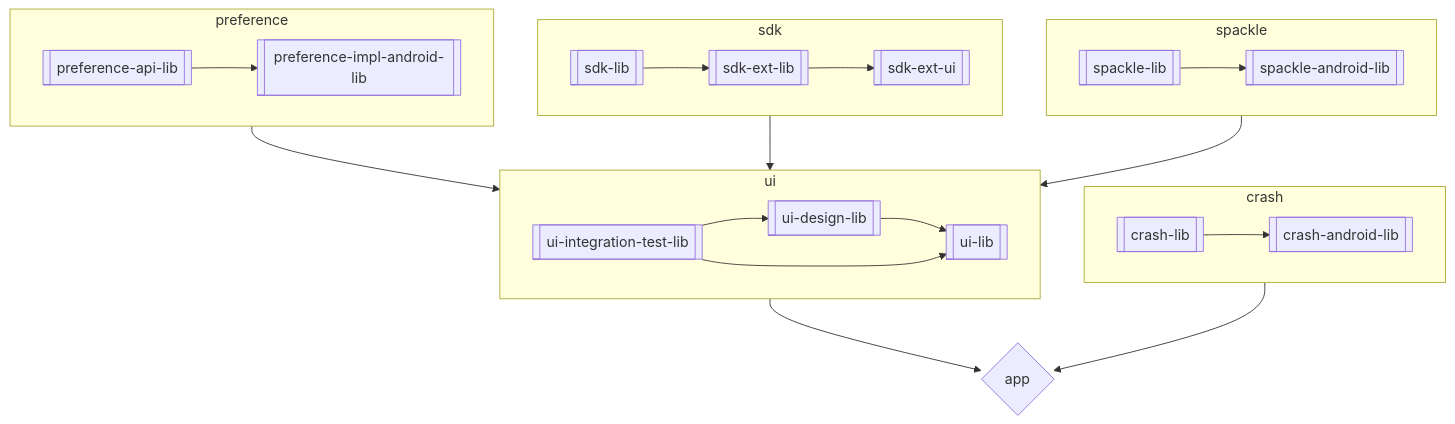
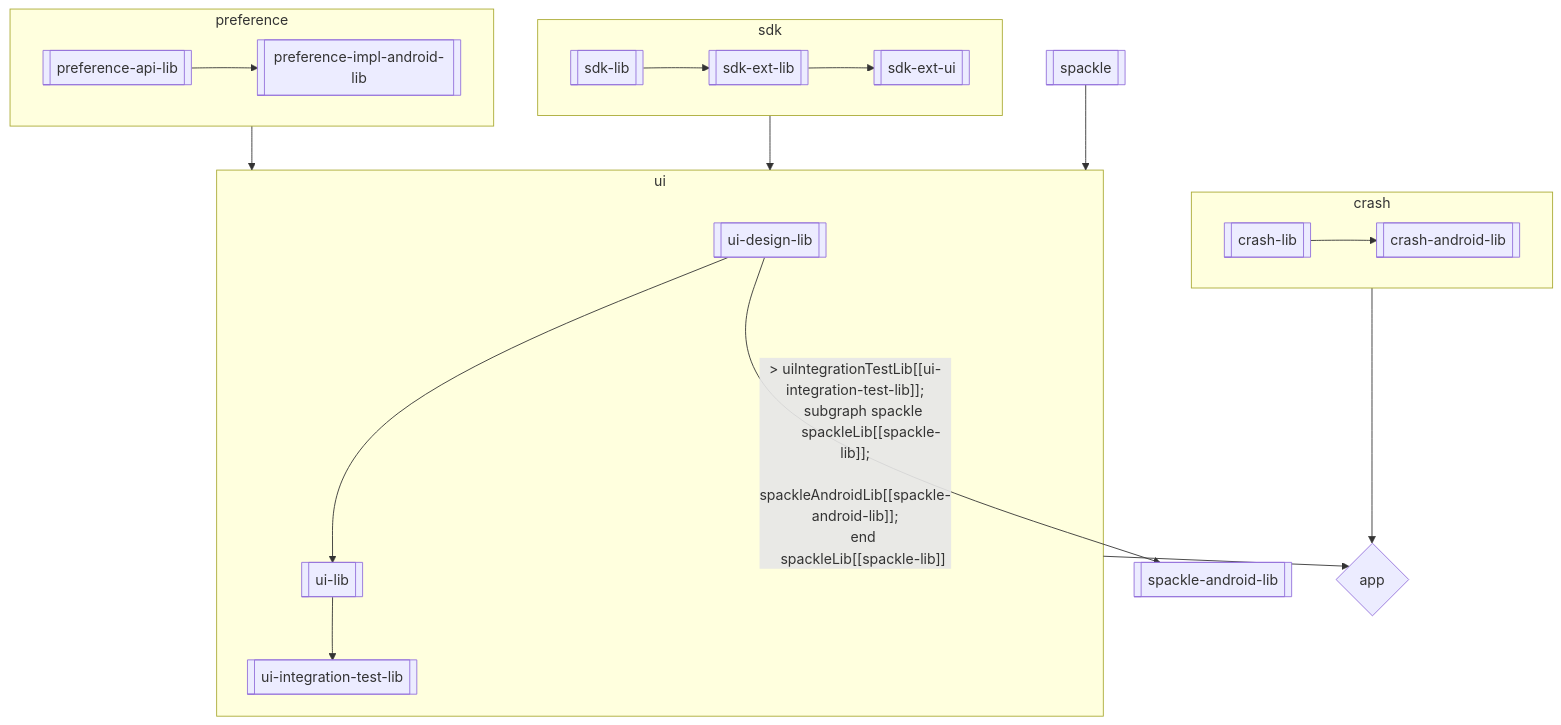
One commit to Electric-Coin-Company/zashi-android changed the diagram in docs/Architecture.md. Above: the diagram before and after it, drawn with Mermaid. The commit also changed other lines of this file, not shown here.

Commit message:
Invert dependency arrows
ui-integration-test-lib depends on ui-lib, so I switched the arrows around

````diff
--- a/docs/Architecture.md
+++ b/docs/Architecture.md
@@ -50,37 +50,37 @@
 ```mermaid
   flowchart TB;
       subgraph sdk
           sdkLib[[sdk-lib]];
           sdkExtLib[[sdk-ext-lib]];
           sdkExtUi[[sdk-ext-ui]];
       end
       sdkLib[[sdk-lib]] --> sdkExtLib[[sdk-ext-lib]] --> sdkExtUi[[sdk-ext-ui]];
       subgraph preference
           preferenceApiLib[[preference-api-lib]];
           preferenceImplAndroidLib[[preference-impl-android-lib]];
       end
       preferenceApiLib[[preference-api-lib]] --> preferenceImplAndroidLib[[preference-impl-android-lib]];
       subgraph crash
           crashLib[[crash-lib]];
           crashAndroidLib[[crash-android-lib]];
       end
       crashLib[[crash-lib]] --> crashAndroidLib[[crash-android-lib]];
       subgraph ui
           uiDesignLib[[ui-design-lib]];
           uiLib[[ui-lib]];
           uiIntegrationTestLib[[ui-integration-test-lib]];
       end
       uiDesignLib[[ui-design-lib]] --> uiLib[[ui-lib]];
-      uiIntegrationTestLib[[ui-integration-test-lib]] --> uiLib[[ui-lib]];
-      uiIntegrationTestLib[[ui-integration-test-lib]] --> uiDesignLib[[ui-design-lib]];
+      uiLib[[ui-lib]] --> uiIntegrationTestLib[[ui-integration-test-lib]];
+      uiDesignLib[[ui-design-lib]] -- > uiIntegrationTestLib[[ui-integration-test-lib]];
       subgraph spackle
           spackleLib[[spackle-lib]];
           spackleAndroidLib[[spackle-android-lib]];
       end
       spackleLib[[spackle-lib]] --> spackleAndroidLib[[spackle-android-lib]];
       preference --> ui[[ui]];
       sdk --> ui[[ui]];
       spackle[[spackle]] --> ui[[ui]];
       ui[[ui]] --> app{app};
       crash[[crash]] --> app{app};
 ```
````
